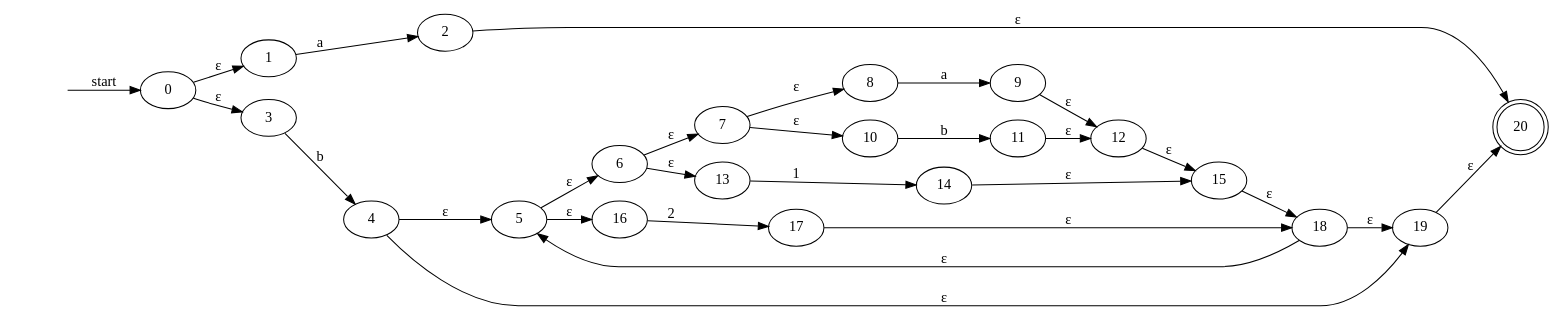
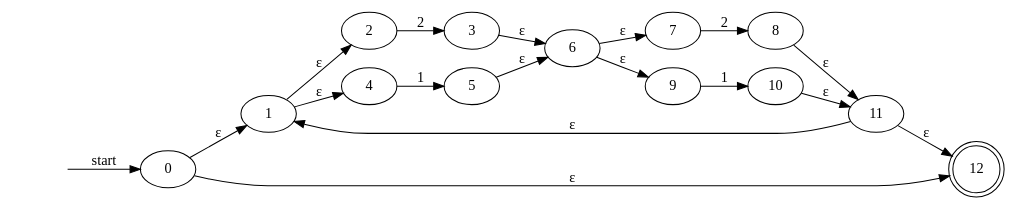
Before and after one commit to EstebanAG1005/LaboratorioC-Lenguajes: the diagram in nfa1.gv, drawn with Graphviz. The commit also changed 20 other files, not shown here.

```diff
--- a/nfa1.gv
+++ b/nfa1.gv
@@ -1,51 +1,33 @@
 digraph {
 	graph [rankdir=LR]
 	"" [shape=none style=invisible]
 	"" -> 0 [label=start]
 	1 [label=1]
 	2 [label=2]
 	3 [label=3]
 	4 [label=4]
 	5 [label=5]
 	6 [label=6]
 	7 [label=7]
 	8 [label=8]
 	9 [label=9]
 	10 [label=10]
 	11 [label=11]
-	12 [label=12]
-	13 [label=13]
-	14 [label=14]
-	15 [label=15]
-	16 [label=16]
-	17 [label=17]
-	18 [label=18]
-	19 [label=19]
-	20 [label=20 shape=doublecircle]
+	12 [label=12 shape=doublecircle]
 	0 -> 1 [label="ε"]
-	0 -> 3 [label="ε"]
-	1 -> 2 [label=a]
-	3 -> 4 [label=b]
-	4 -> 5 [label="ε"]
-	4 -> 19 [label="ε"]
+	0 -> 12 [label="ε"]
+	1 -> 2 [label="ε"]
+	1 -> 4 [label="ε"]
+	2 -> 3 [label=2]
+	4 -> 5 [label=1]
+	3 -> 6 [label="ε"]
 	5 -> 6 [label="ε"]
-	5 -> 16 [label="ε"]
 	6 -> 7 [label="ε"]
-	6 -> 13 [label="ε"]
-	7 -> 8 [label="ε"]
-	7 -> 10 [label="ε"]
-	8 -> 9 [label=a]
-	10 -> 11 [label=b]
-	9 -> 12 [label="ε"]
+	6 -> 9 [label="ε"]
+	7 -> 8 [label=2]
+	9 -> 10 [label=1]
+	8 -> 11 [label="ε"]
+	10 -> 11 [label="ε"]
+	11 -> 1 [label="ε"]
 	11 -> 12 [label="ε"]
-	13 -> 14 [label=1]
-	12 -> 15 [label="ε"]
-	14 -> 15 [label="ε"]
-	16 -> 17 [label=2]
-	15 -> 18 [label="ε"]
-	17 -> 18 [label="ε"]
-	18 -> 5 [label="ε"]
-	18 -> 19 [label="ε"]
-	2 -> 20 [label="ε"]
-	19 -> 20 [label="ε"]
 }
```
